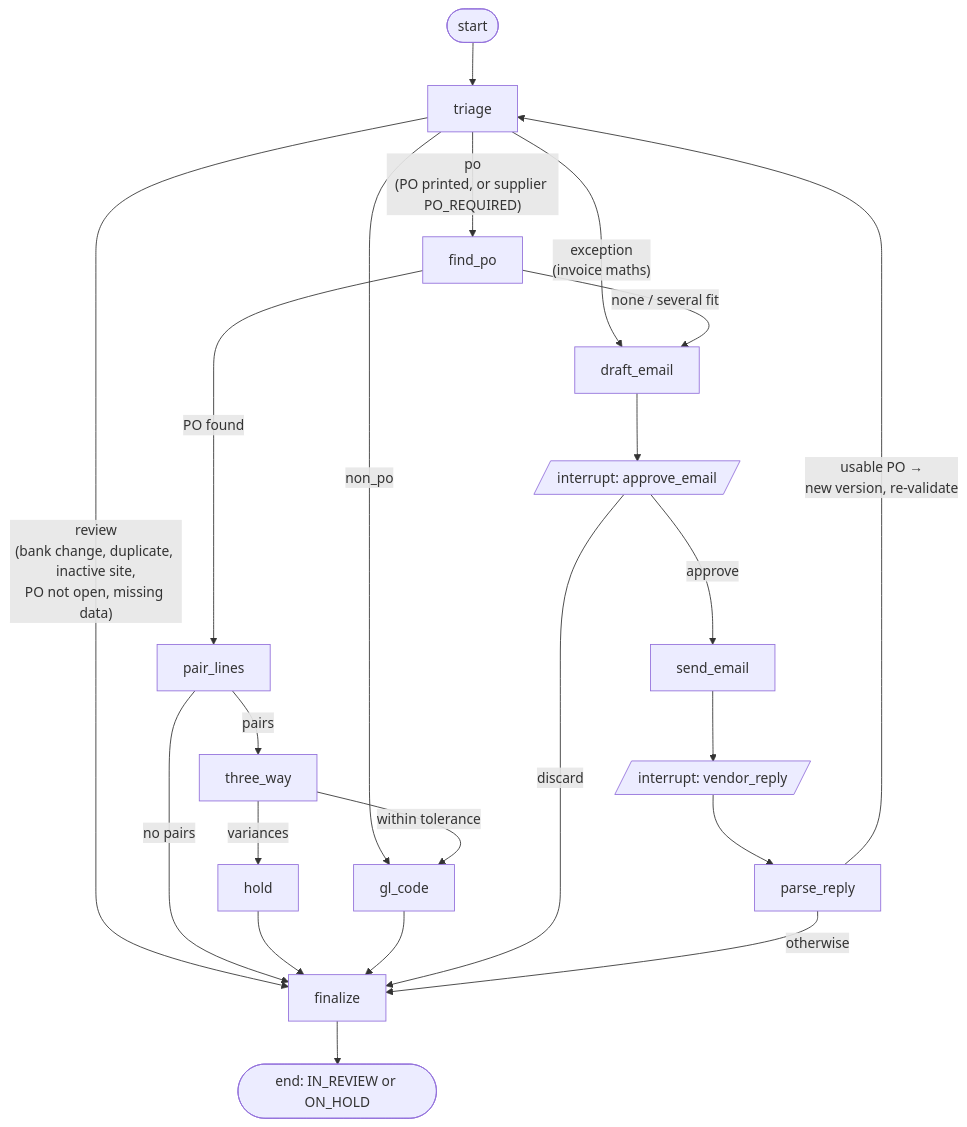
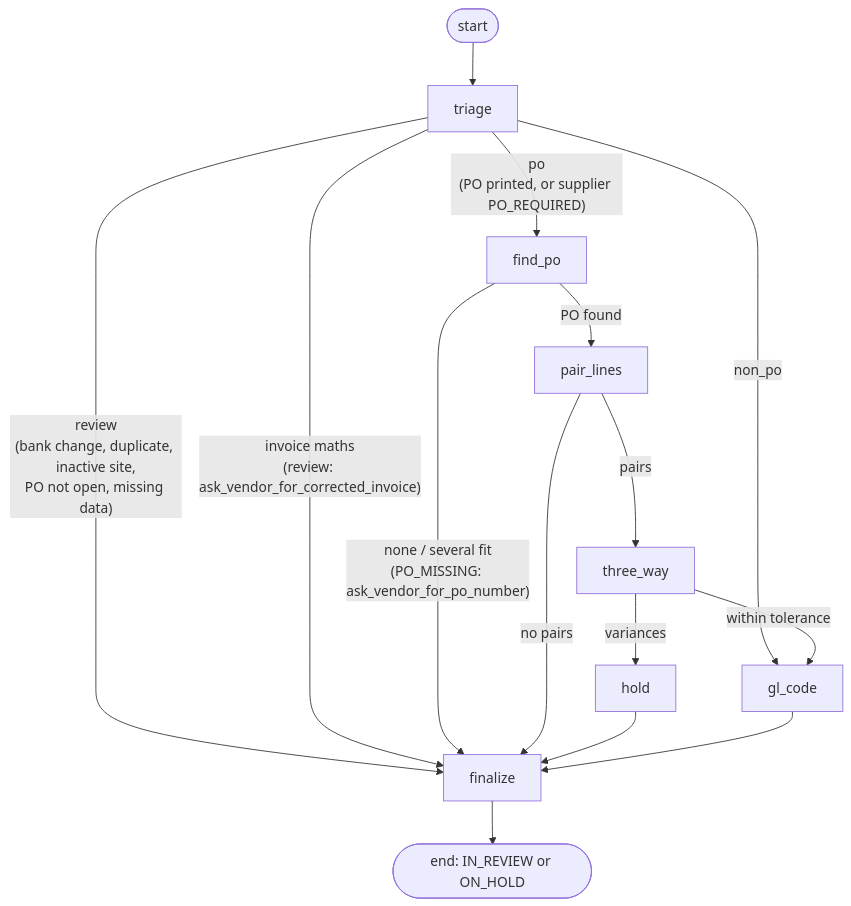
Diagram 11 of 18 in docs/HOW-IT-WORKS.md (Ajinkya2101/AAP), drawn with Mermaid before and after one commit. The commit also changed other lines of this file and 2 other files, not shown here.

````diff
--- a/docs/HOW-IT-WORKS.md
+++ b/docs/HOW-IT-WORKS.md
@@ -555,24 +539,17 @@
 ```mermaid
 flowchart TD
     S([start]) --> triage
     triage -- "review<br/>(bank change, duplicate, inactive site,<br/>PO not open, missing data)" --> finalize
-    triage -- "exception<br/>(invoice maths)" --> draft_email
+    triage -- "invoice maths<br/>(review: ask_vendor_for_corrected_invoice)" --> finalize
     triage -- "po<br/>(PO printed, or supplier PO_REQUIRED)" --> find_po
     triage -- "non_po" --> gl_code
     find_po -- "PO found" --> pair_lines
-    find_po -- "none / several fit" --> draft_email
+    find_po -- "none / several fit<br/>(PO_MISSING: ask_vendor_for_po_number)" --> finalize
     pair_lines -- "pairs" --> three_way
     pair_lines -- "no pairs" --> finalize
     three_way -- "variances" --> hold
     three_way -- "within tolerance" --> gl_code
     hold --> finalize
     gl_code --> finalize
-    draft_email --> await_approval[/"interrupt: approve_email"/]
-    await_approval -- approve --> send_email
-    await_approval -- discard --> finalize
-    send_email --> await_reply[/"interrupt: vendor_reply"/]
-    await_reply --> parse_reply
-    parse_reply -- "usable PO →<br/>new version, re-validate" --> triage
-    parse_reply -- "otherwise" --> finalize
     finalize --> E([end: IN_REVIEW or ON_HOLD])
 ```
````
